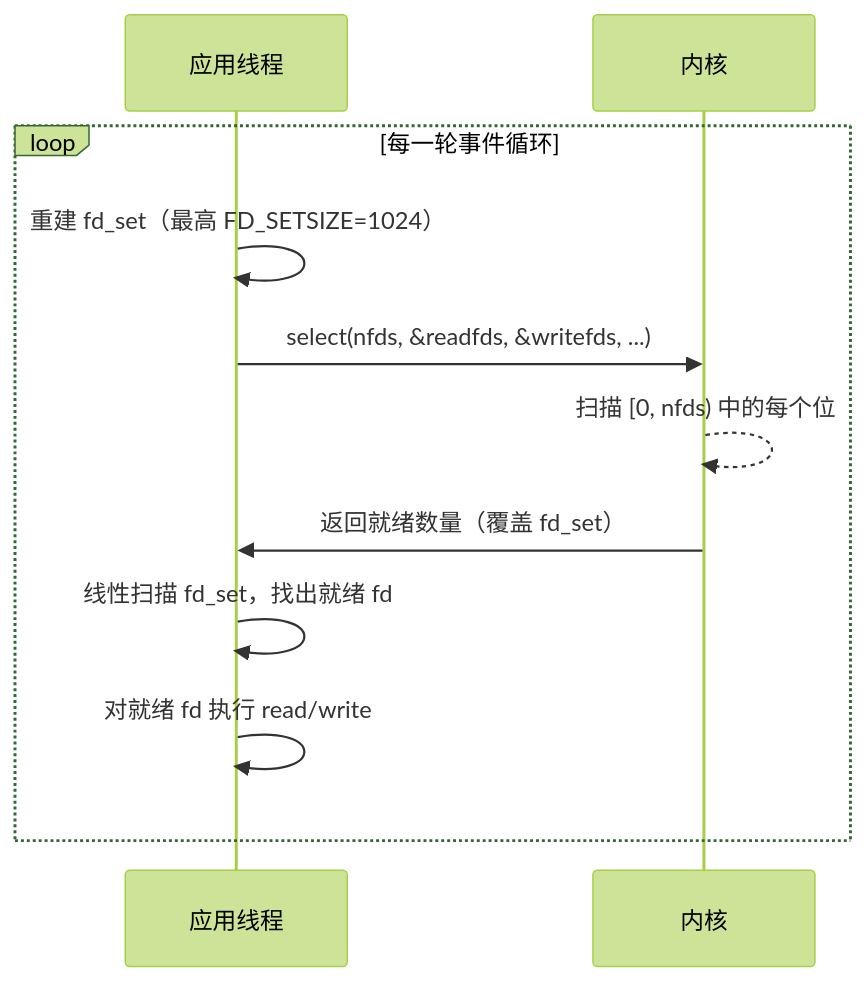
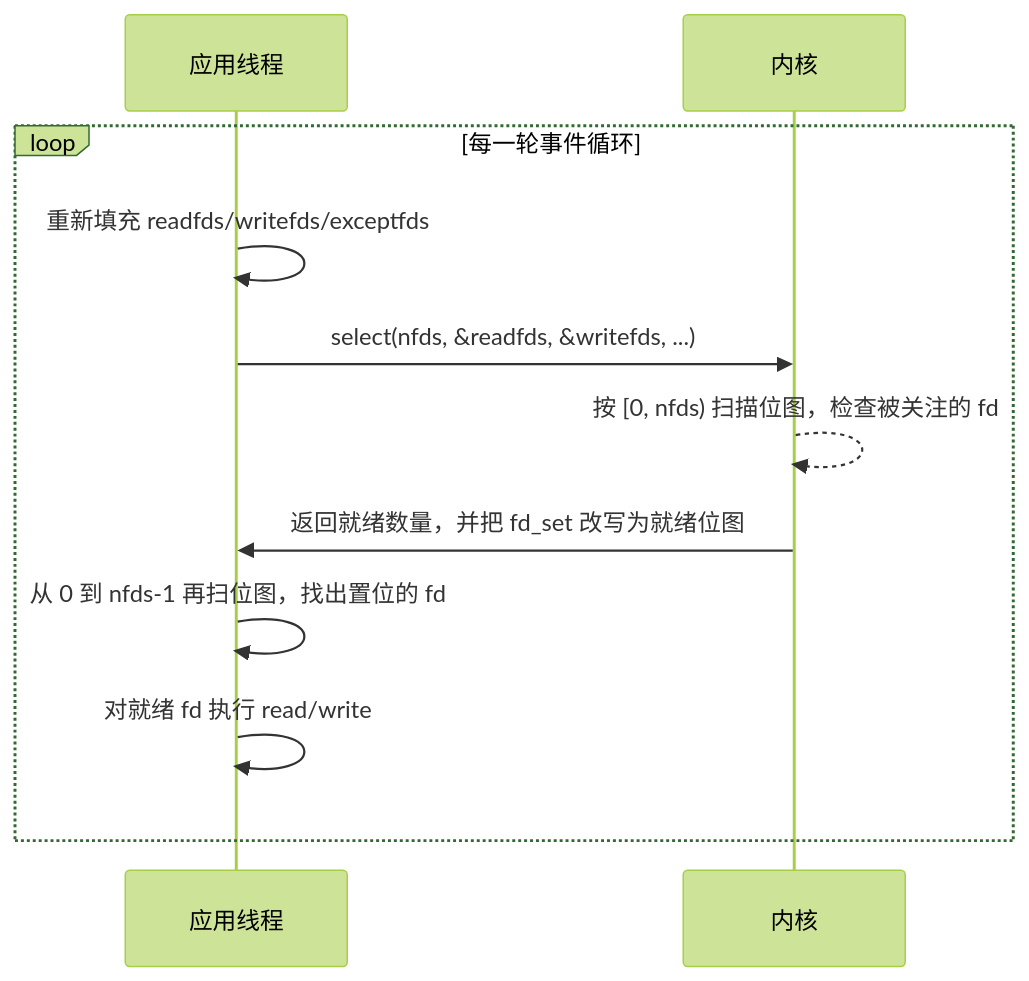
One commit to Jiadezhende/unix-labs changed the third of 14 diagrams in lab1/partB/partB_research_report.md. Above: the diagram before and after it, drawn with Mermaid (forest theme). The commit also changed other lines of this file and 7 other files, not shown here.

````diff
--- a/lab1/partB/partB_research_report.md
+++ b/lab1/partB/partB_research_report.md
@@ -58,14 +82,14 @@
 ```mermaid
 sequenceDiagram
     participant App as 应用线程
     participant Kernel as 内核
 
     loop 每一轮事件循环
-        App->>App: 重建 fd_set（最高 FD_SETSIZE=1024）
+        App->>App: 重新填充 readfds/writefds/exceptfds
         App->>Kernel: select(nfds, &readfds, &writefds, ...)
-        Kernel-->>Kernel: 扫描 [0, nfds) 中的每个位
-        Kernel->>App: 返回就绪数量（覆盖 fd_set）
-        App->>App: 线性扫描 fd_set，找出就绪 fd
+        Kernel-->>Kernel: 按 [0, nfds) 扫描位图，检查被关注的 fd
+        Kernel->>App: 返回就绪数量，并把 fd_set 改写为就绪位图
+        App->>App: 从 0 到 nfds-1 再扫位图，找出置位的 fd
         App->>App: 对就绪 fd 执行 read/write
     end
 ```
````
